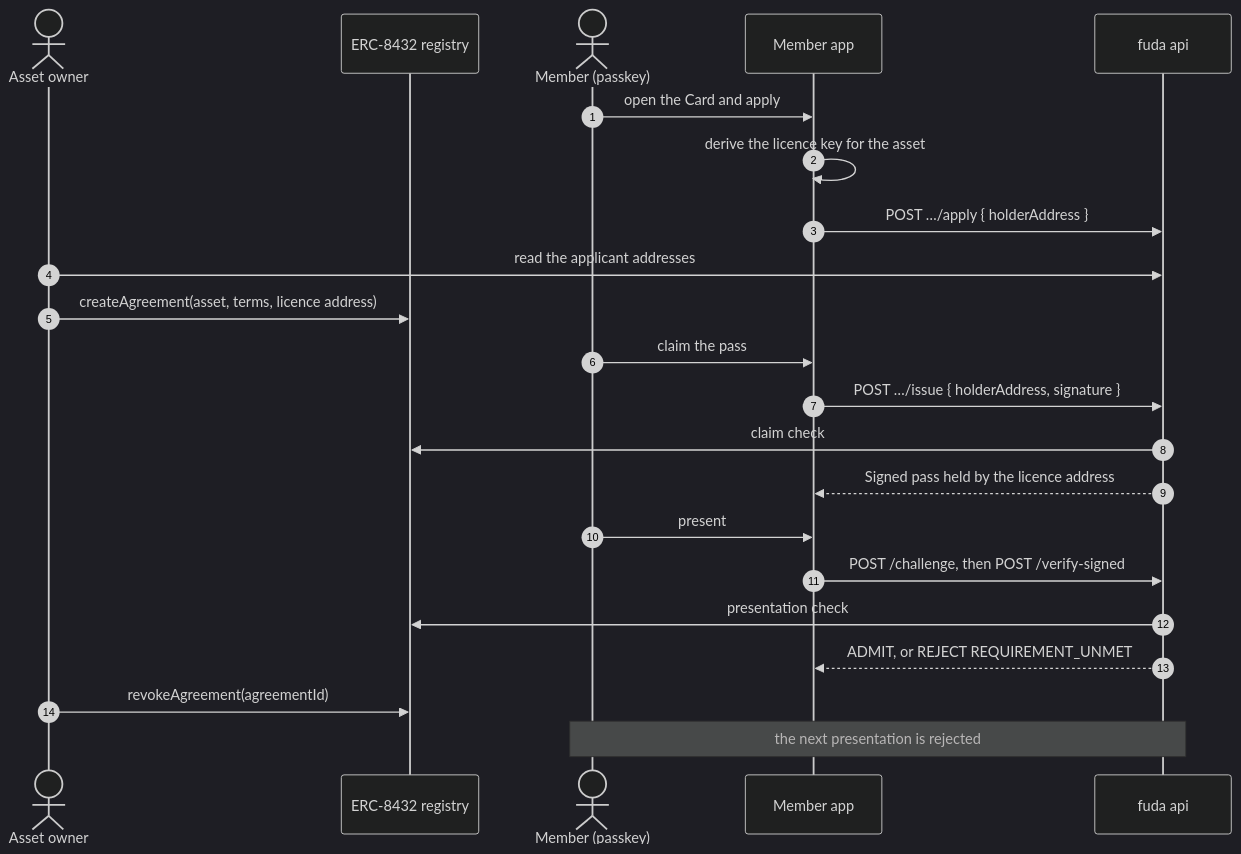
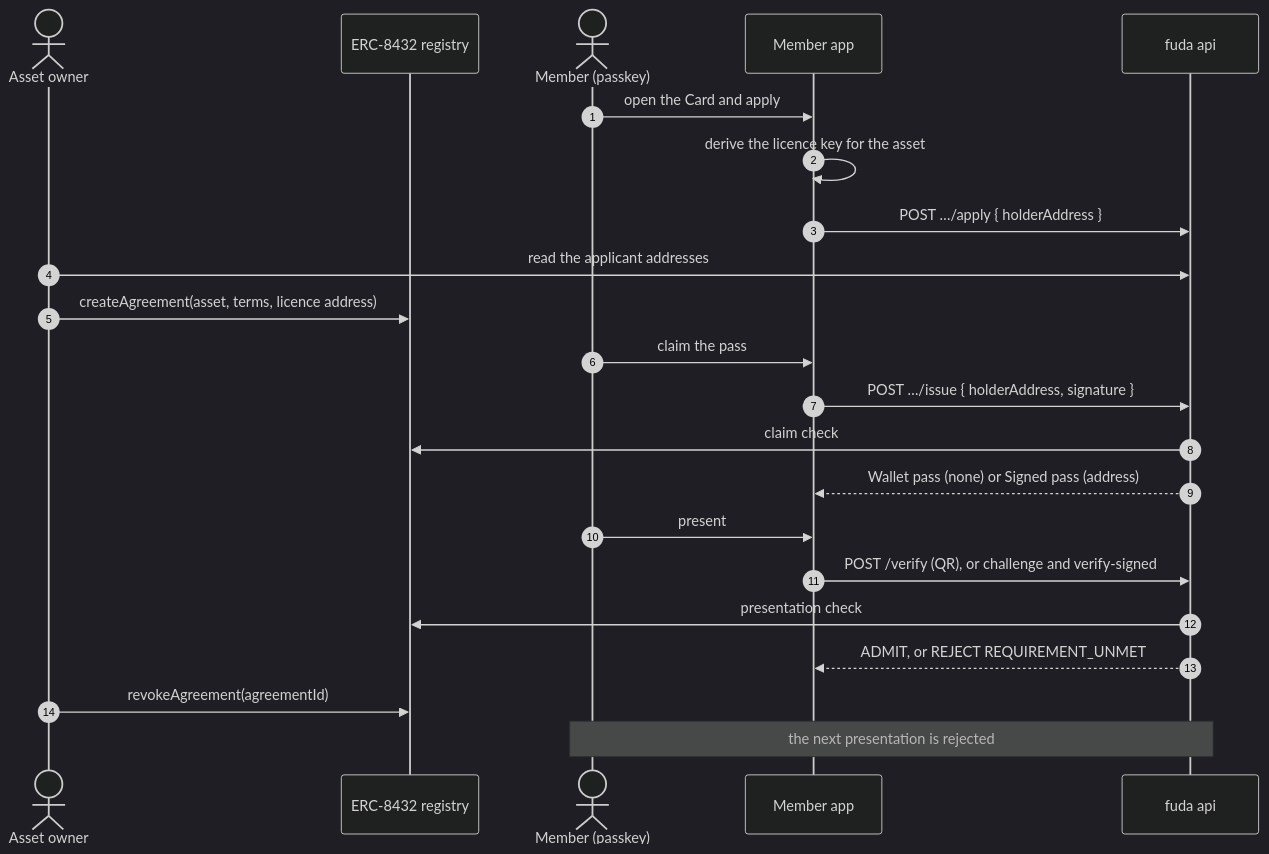
The diagram in docs/specs/card-requirements.md (oboroxyz/fuda-sh), drawn with Mermaid (dark theme) before and after one commit. The commit also changed other lines of this file and 4 other files, not shown here.

````diff
--- a/docs/specs/card-requirements.md
+++ b/docs/specs/card-requirements.md
@@ -72,25 +76,25 @@
 ```mermaid
 sequenceDiagram
     autonumber
     actor Owner as Asset owner
     participant R as ERC-8432 registry
     actor Fan as Member (passkey)
     participant A as Member app
     participant F as fuda api
 
     Fan->>A: open the Card and apply
     A->>A: derive the licence key for the asset
     A->>F: POST …/apply { holderAddress }
     Owner->>F: read the applicant addresses
     Owner->>R: createAgreement(asset, terms, licence address)
     Fan->>A: claim the pass
     A->>F: POST …/issue { holderAddress, signature }
     F->>R: claim check
-    F-->>A: Signed pass held by the licence address
+    F-->>A: Wallet pass (none) or Signed pass (address)
     Fan->>A: present
-    A->>F: POST /challenge, then POST /verify-signed
+    A->>F: POST /verify (QR), or challenge and verify-signed
     F->>R: presentation check
     F-->>A: ADMIT, or REJECT REQUIREMENT_UNMET
     Owner->>R: revokeAgreement(agreementId)
     Note over Fan,F: the next presentation is rejected
 ```
````
